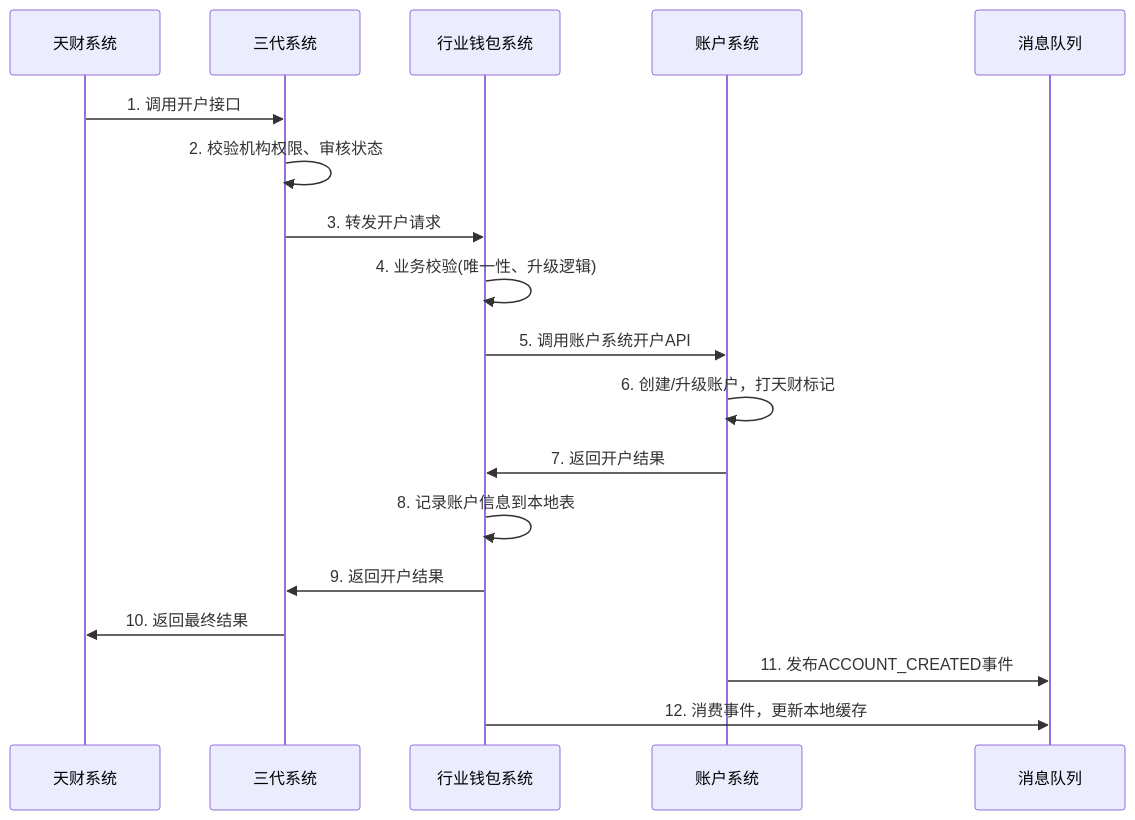
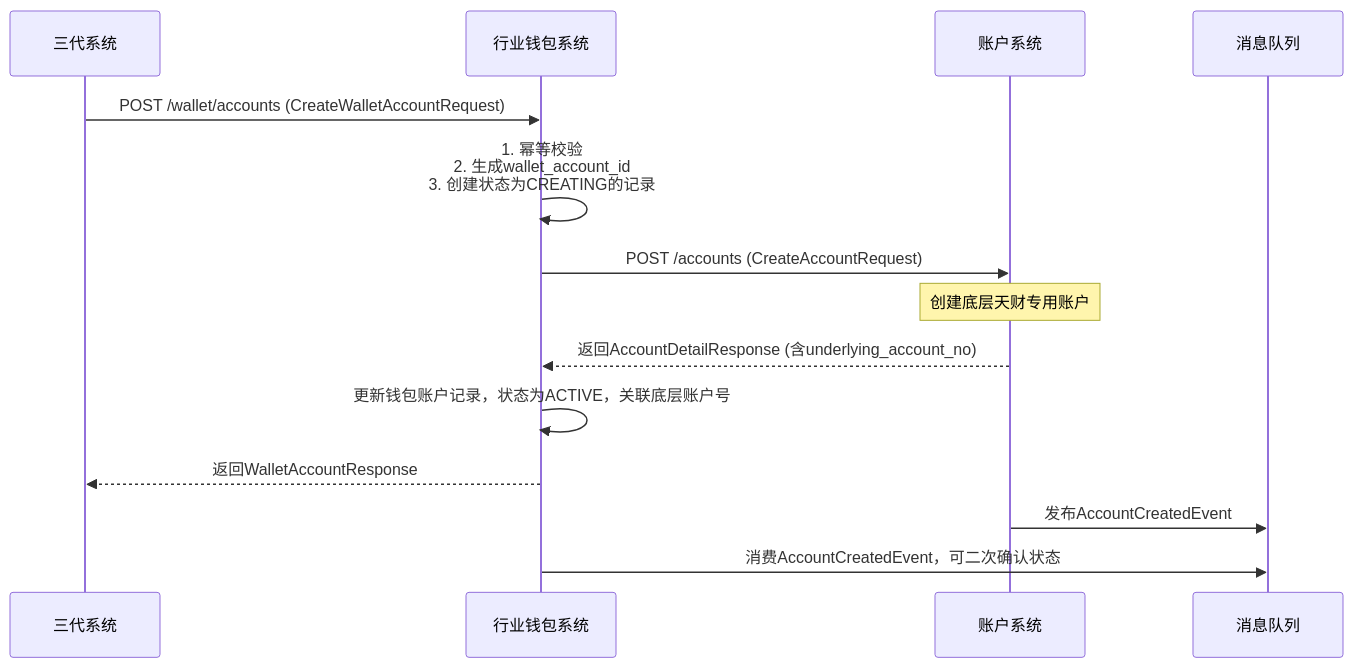
One commit to youzi211/AiCoding changed the first of 3 diagrams in data/天财分账需求/gpt-5.2/workspace/02_modules/module_行业钱包系统.md. Above: the diagram before and after it, drawn with Mermaid. The commit also changed other lines of this file and 29 other files, not shown here.

````diff
--- a/data/天财分账需求/gpt-5.2/workspace/02_modules/module_行业钱包系统.md
+++ b/data/天财分账需求/gpt-5.2/workspace/02_modules/module_行业钱包系统.md
@@ -728,22 +287,17 @@
 ```mermaid
 sequenceDiagram
-    participant T as 天财系统
-    participant G3 as 三代系统
+    participant C as 三代系统
     participant W as 行业钱包系统
     participant A as 账户系统
     participant MQ as 消息队列
-    
-    T->>G3: 1. 调用开户接口
-    G3->>G3: 2. 校验机构权限、审核状态
-    G3->>W: 3. 转发开户请求
-    W->>W: 4. 业务校验(唯一性、升级逻辑)
-    W->>A: 5. 调用账户系统开户API
-    A->>A: 6. 创建/升级账户，打天财标记
-    A->>W: 7. 返回开户结果
-    W->>W: 8. 记录账户信息到本地表
-    W->>G3: 9. 返回开户结果
-    G3->>T: 10. 返回最终结果
-    
-    A->>MQ: 11. 发布ACCOUNT_CREATED事件
-    W->>MQ: 12. 消费事件，更新本地缓存
+
+    C->>W: POST /wallet/accounts (CreateWalletAccountRequest)
+    W->>W: 1. 幂等校验<br>2. 生成wallet_account_id<br>3. 创建状态为CREATING的记录
+    W->>A: POST /accounts (CreateAccountRequest)
+    Note over A: 创建底层天财专用账户
+    A-->>W: 返回AccountDetailResponse (含underlying_account_no)
+    W->>W: 更新钱包账户记录，状态为ACTIVE，关联底层账户号
+    W-->>C: 返回WalletAccountResponse
+    A->>MQ: 发布AccountCreatedEvent
+    W->>MQ: 消费AccountCreatedEvent，可二次确认状态
 ```
````
